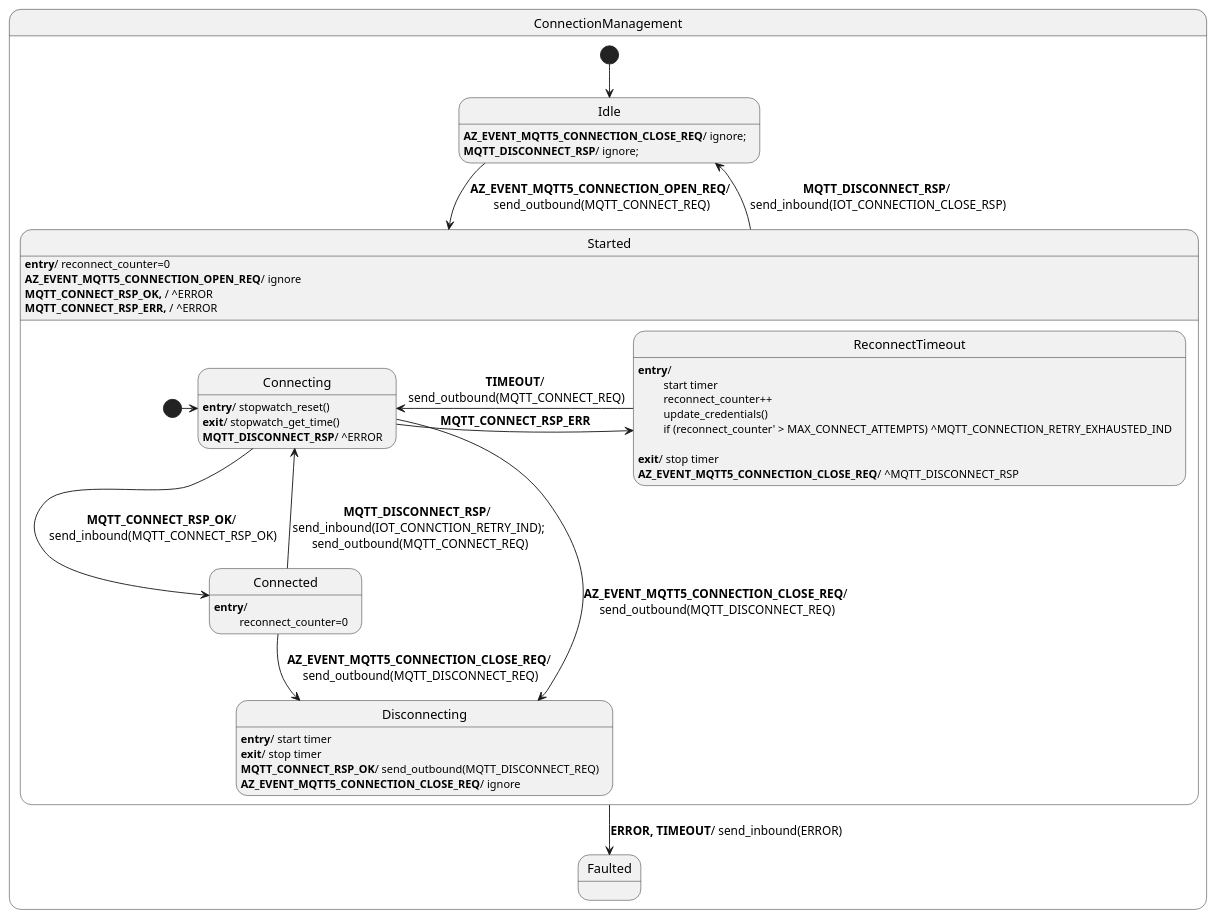
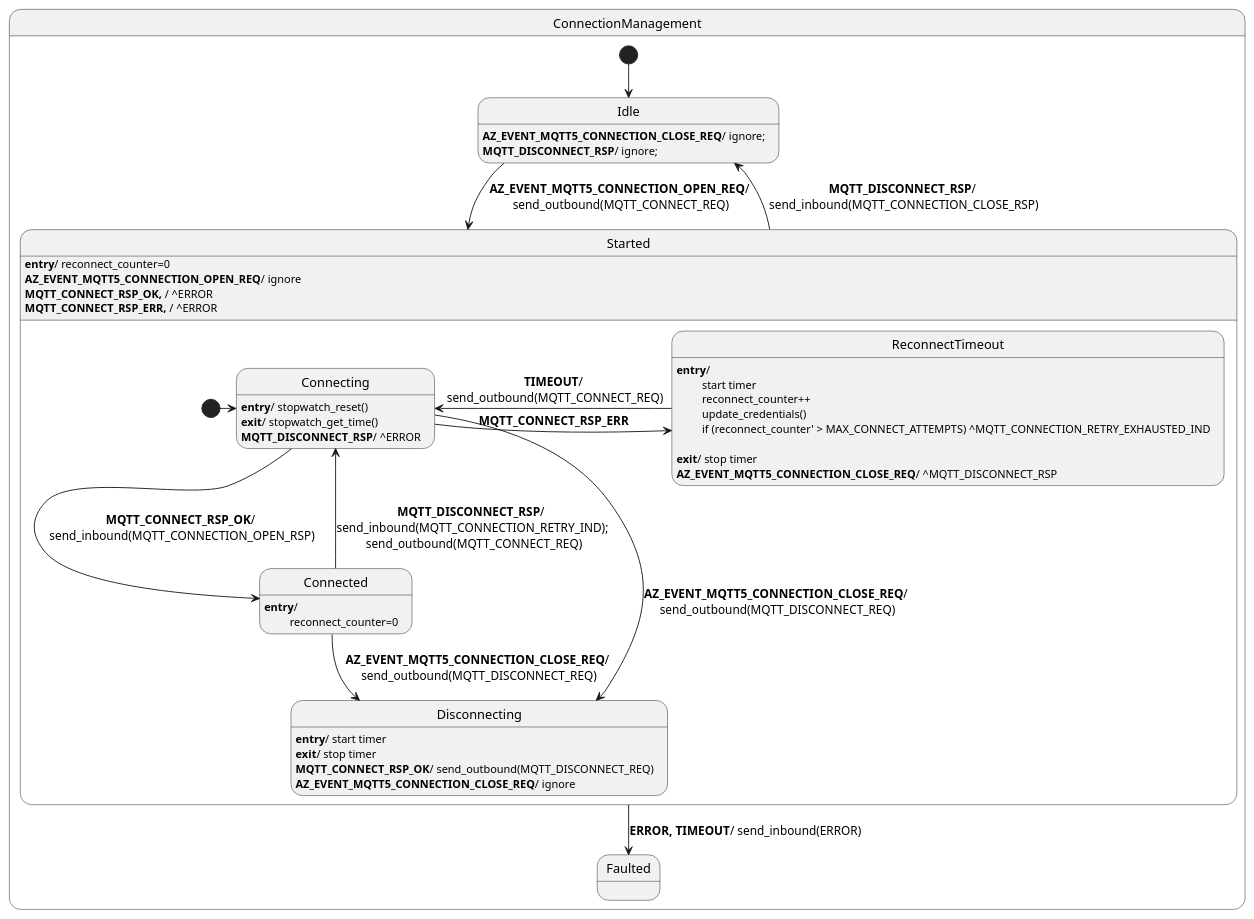
Before and after one commit to Azure/azure-sdk-for-c: the diagram in sdk/docs/core/resources/mqtt_connection.puml, drawn with PlantUML. The commit also changed 15 other files, not shown here.

```diff
--- a/sdk/docs/core/resources/mqtt_connection.puml
+++ b/sdk/docs/core/resources/mqtt_connection.puml
@@ -1,60 +1,60 @@
 @startuml Connection_HFSM
 
 ' Assumptions:
 ' 0. Unknown events are forwarded (in their original direction, either inbound or outbound).
 ' 1. MQTT_CONNECT_REQ is guaranteed to respond with either MQTT_CONNECT_RSP_OK or MQTT_CONNECT_RSP_ERR.
 ' 2. ^EVENT is a shortcut to execute the transition associated with EVENT from the current state (no actual event is sent out).
 ' 3. send_inbound, send_outbound are used to send information to the app and network respectively.
 
 state ConnectionManagement {
     state Idle
     Idle : <b>AZ_EVENT_MQTT5_CONNECTION_CLOSE_REQ</b>/ ignore;
     Idle : <b>MQTT_DISCONNECT_RSP</b>/ ignore;
 
     state Faulted
 
     state Started {
         state Connecting
         Connecting : <b>entry</b>/ stopwatch_reset()
         Connecting : <b>exit</b>/ stopwatch_get_time()
         Connecting : <b>MQTT_DISCONNECT_RSP</b>/ ^ERROR
 
         state Connected
         Connected : <b>entry</b>/ 
         Connected : \t reconnect_counter=0
 
         state ReconnectTimeout
         ReconnectTimeout : <b>entry</b>/ 
         ReconnectTimeout : \t start timer
         ReconnectTimeout : \t reconnect_counter++
         ReconnectTimeout : \t update_credentials()
         ReconnectTimeout : \t if (reconnect_counter' > MAX_CONNECT_ATTEMPTS) ^MQTT_CONNECTION_RETRY_EXHAUSTED_IND
         ReconnectTimeout : \t 
         ReconnectTimeout : <b>exit</b>/ stop timer
         ReconnectTimeout : <b>AZ_EVENT_MQTT5_CONNECTION_CLOSE_REQ</b>/ ^MQTT_DISCONNECT_RSP
 
         state Disconnecting
         Disconnecting : <b>entry</b>/ start timer 
         Disconnecting : <b>exit</b>/ stop timer
         Disconnecting : <b>MQTT_CONNECT_RSP_OK</b>/ send_outbound(MQTT_DISCONNECT_REQ)
         Disconnecting : <b>AZ_EVENT_MQTT5_CONNECTION_CLOSE_REQ</b>/ ignore
 
         [*] -> Connecting
-        Connecting --> Connected : <b>MQTT_CONNECT_RSP_OK</b>/\n send_inbound(MQTT_CONNECT_RSP_OK)
+        Connecting --> Connected : <b>MQTT_CONNECT_RSP_OK</b>/\n send_inbound(MQTT_CONNECTION_OPEN_RSP)
         Connecting -> ReconnectTimeout : <b>MQTT_CONNECT_RSP_ERR</b>
         Connecting --> Disconnecting : <b>AZ_EVENT_MQTT5_CONNECTION_CLOSE_REQ</b>/\n send_outbound(MQTT_DISCONNECT_REQ)
         Connected --> Disconnecting : <b>AZ_EVENT_MQTT5_CONNECTION_CLOSE_REQ</b>/\n send_outbound(MQTT_DISCONNECT_REQ)
-        Connected --> Connecting : <b>MQTT_DISCONNECT_RSP</b>/ \nsend_inbound(IOT_CONNCTION_RETRY_IND);\n send_outbound(MQTT_CONNECT_REQ)
+        Connected --> Connecting : <b>MQTT_DISCONNECT_RSP</b>/ \nsend_inbound(MQTT_CONNECTION_RETRY_IND);\n send_outbound(MQTT_CONNECT_REQ)
         ReconnectTimeout -> Connecting : <b>TIMEOUT</b>/\n send_outbound(MQTT_CONNECT_REQ)
     }
     Started : <b>entry</b>/ reconnect_counter=0
     Started : <b>AZ_EVENT_MQTT5_CONNECTION_OPEN_REQ</b>/ ignore
     Started : <b>MQTT_CONNECT_RSP_OK, </b>/ ^ERROR
     Started : <b>MQTT_CONNECT_RSP_ERR, </b>/ ^ERROR
 
     [*] --> Idle
     Idle -> Started : <b>AZ_EVENT_MQTT5_CONNECTION_OPEN_REQ</b>/\n send_outbound(MQTT_CONNECT_REQ)
-    Started --> Idle : <b>MQTT_DISCONNECT_RSP</b>/\n send_inbound(IOT_CONNECTION_CLOSE_RSP)
+    Started --> Idle : <b>MQTT_DISCONNECT_RSP</b>/\n send_inbound(MQTT_CONNECTION_CLOSE_RSP)
     Started --> Faulted: <b>ERROR, TIMEOUT</b>/ send_inbound(ERROR)
 }
 @enduml
```
